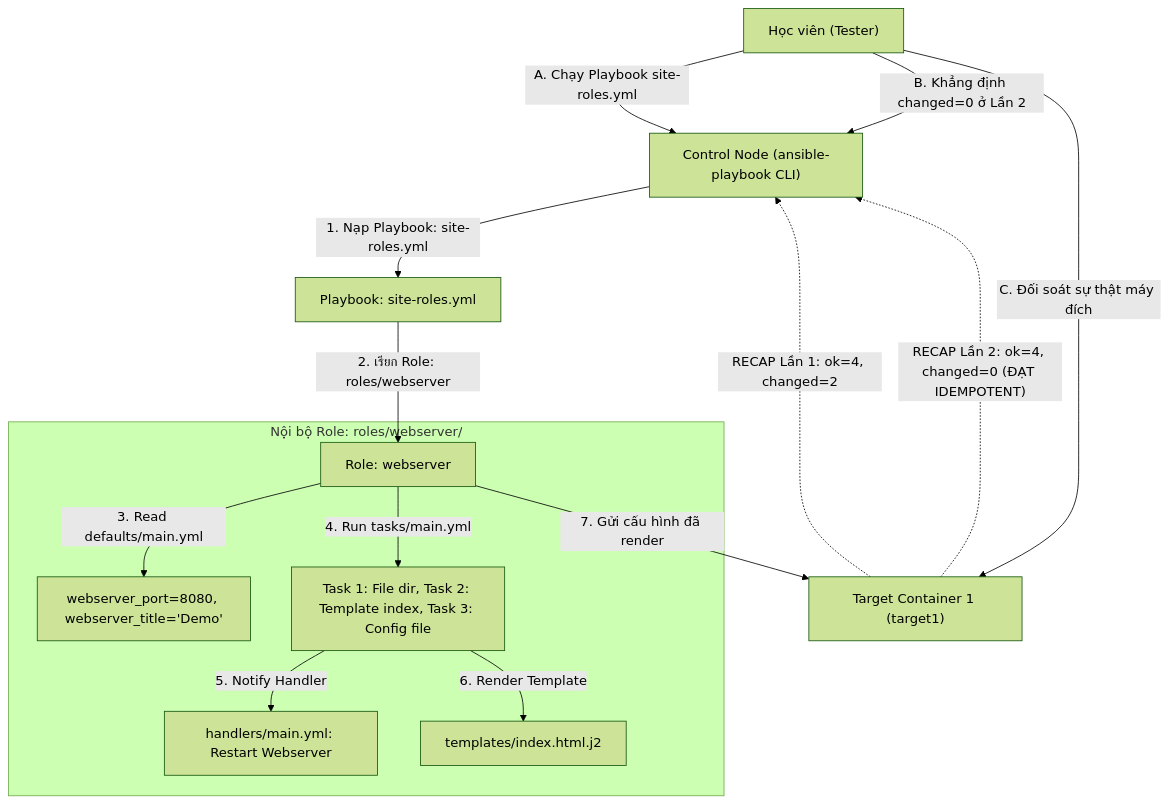
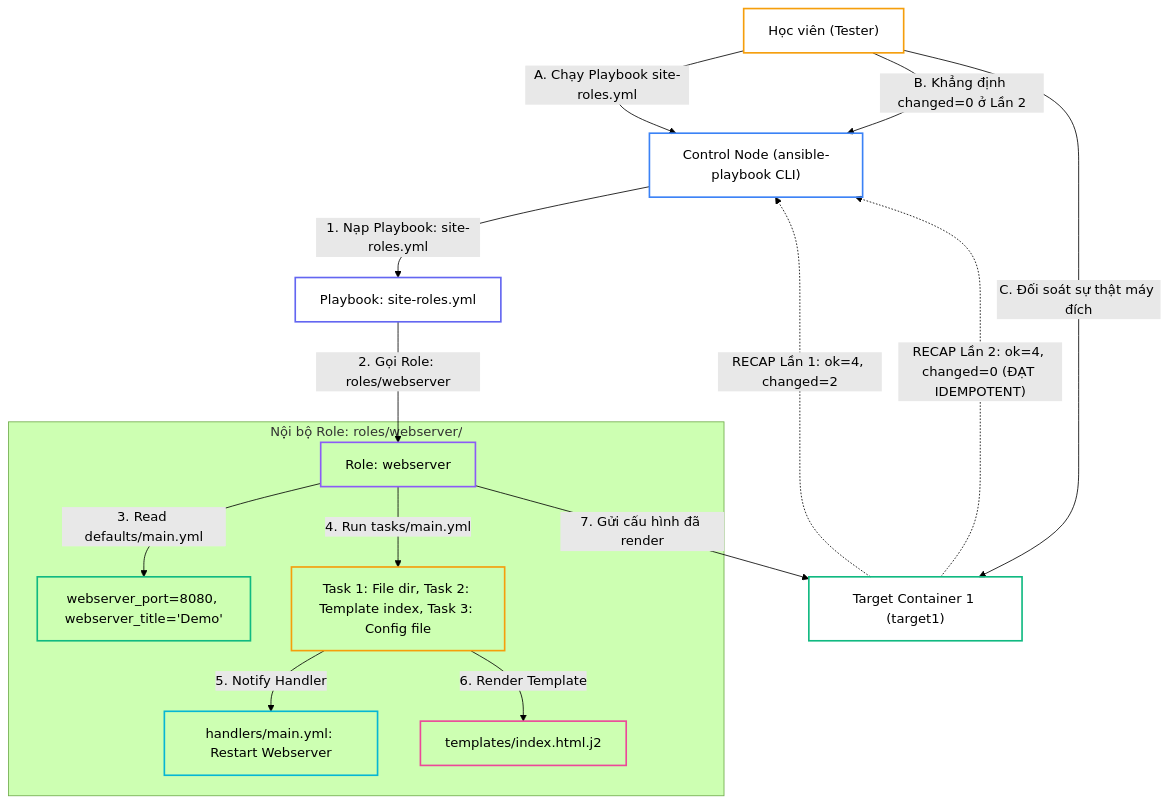
Before and after one commit to kiennt308/ntk: the third of 3 diagrams in _posts/2026-09-13-ansible-14-14-roles-basics.md, drawn with Mermaid (forest theme). The commit also changed other lines of this file and 30 other files, not shown here.

````diff
--- a/_posts/2026-09-13-ansible-14-14-roles-basics.md
+++ b/_posts/2026-09-13-ansible-14-14-roles-basics.md
@@ -461,22 +484,32 @@
 ```mermaid
 graph TD
     SubGraph1["Control Node (ansible-playbook CLI)"] -->|"1. Nạp Playbook: site-roles.yml"| PB["Playbook: site-roles.yml"]
     
-    PB -->|"2. เรียก Role: roles/webserver"| R1["Role: webserver"]
+    PB -->|"2. Gọi Role: roles/webserver"| R1["Role: webserver"]
     
     subgraph "Nội bộ Role: roles/webserver/"
         R1 -->|"3. Read defaults/main.yml"| DEF["webserver_port=8080, webserver_title='Demo'"]
         R1 -->|"4. Run tasks/main.yml"| TSK["Task 1: File dir, Task 2: Template index, Task 3: Config file"]
         TSK -->|"5. Notify Handler"| HND["handlers/main.yml: Restart Webserver"]
         TSK -->|"6. Render Template"| TMP["templates/index.html.j2"]
     end
     
     R1 -->|"7. Gửi cấu hình đã render"| T1["Target Container 1 (target1)"]
     
-    T1 -. "RECAP Lần 1: ok=4, changed=2" .-> SubGraph1
-    T1 -. "RECAP Lần 2: ok=4, changed=0 (ĐẠT IDEMPOTENT)" .-> SubGraph1
+    T1 -.->|"RECAP Lần 1: ok=4, changed=2"| SubGraph1
+    T1 -.->|"RECAP Lần 2: ok=4, changed=0 (ĐẠT IDEMPOTENT)"| SubGraph1
     
     DEV["Học viên (Tester)"] -->|"A. Chạy Playbook site-roles.yml"| SubGraph1
     DEV -->|"B. Khẳng định changed=0 ở Lần 2"| SubGraph1
     DEV -->|"C. Đối soát sự thật máy đích"| T1
+
+    style SubGraph1 fill:none,stroke:#3b82f6,stroke-width:2px
+    style PB fill:none,stroke:#6366f1,stroke-width:2px
+    style R1 fill:none,stroke:#8b5cf6,stroke-width:2px
+    style DEF fill:none,stroke:#10b981,stroke-width:2px
+    style TSK fill:none,stroke:#f59e0b,stroke-width:2px
+    style HND fill:none,stroke:#06b6d4,stroke-width:2px
+    style TMP fill:none,stroke:#ec4899,stroke-width:2px
+    style T1 fill:none,stroke:#10b981,stroke-width:2px
+    style DEV fill:none,stroke:#f59e0b,stroke-width:2px
 ```
````
